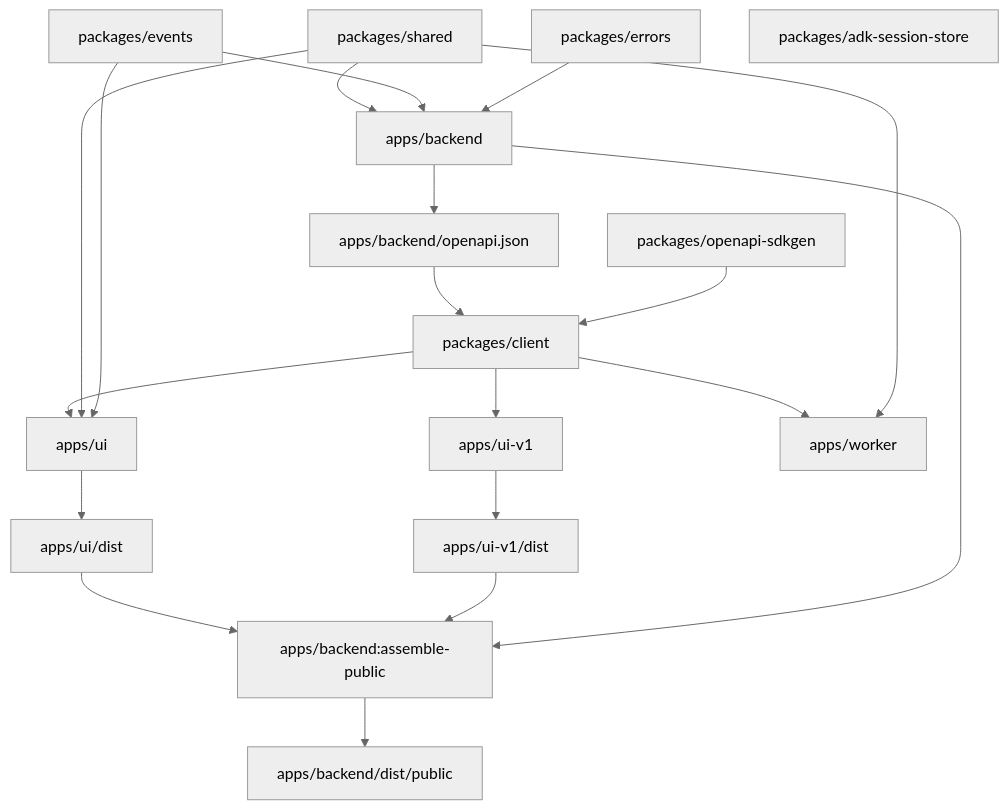
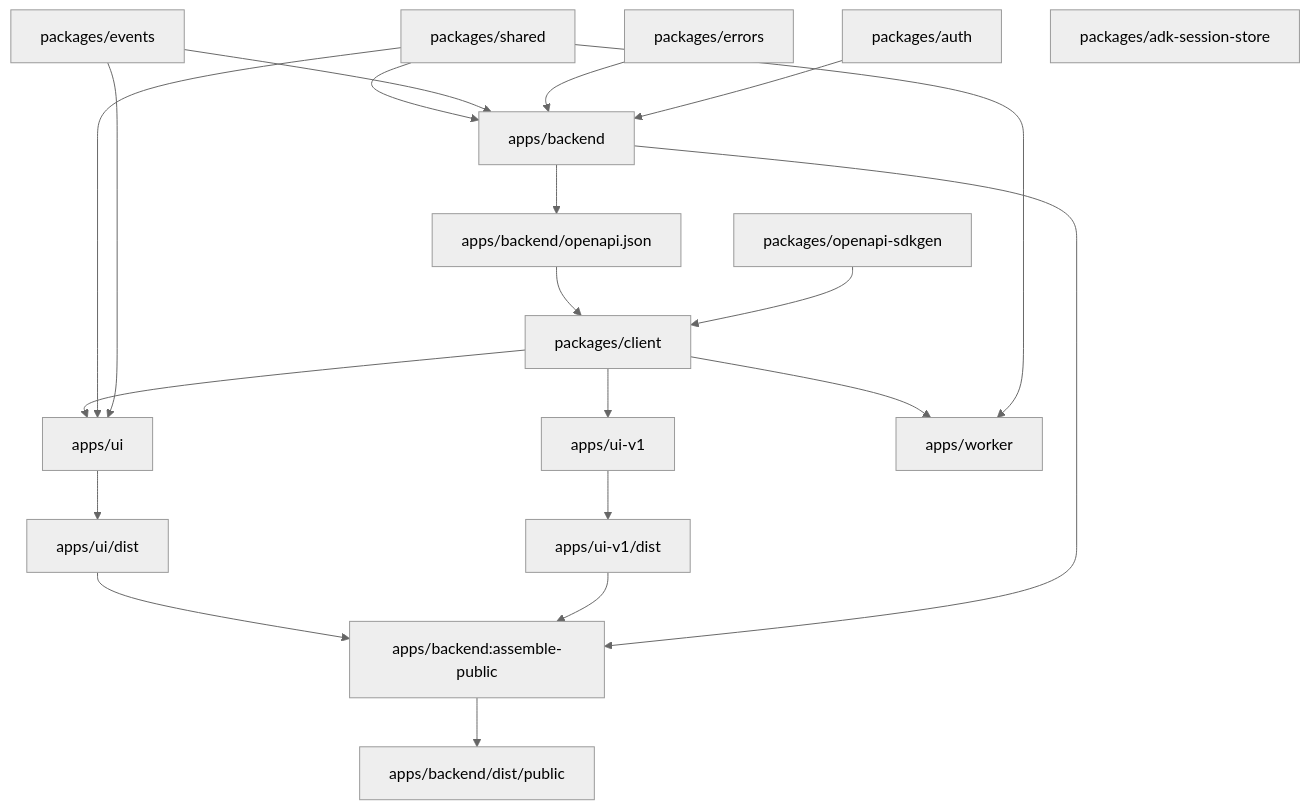
The diagram in dependencies.md (galarzafrancisco/ai-monorepo), drawn with Mermaid (neutral theme) before and after one commit. The commit also changed other lines of this file and 74 other files, not shown here.

First line of the commit message:
Add @taico/auth package and move backend verification onto it

````diff
--- a/dependencies.md
+++ b/dependencies.md
@@ -107,43 +110,45 @@
 ```mermaid
 flowchart TD
   shared["packages/shared"]
   events["packages/events"]
   errors["packages/errors"]
+  auth["packages/auth"]
   adk["packages/adk-session-store"]
   sdkgen["packages/openapi-sdkgen"]
 
   backend["apps/backend"]
   backendSpec["apps/backend/openapi.json"]
   client["packages/client"]
   ui["apps/ui"]
   uiV1["apps/ui-v1"]
   uiDist["apps/ui/dist"]
   uiV1Dist["apps/ui-v1/dist"]
   assemble["apps/backend:assemble-public"]
   backendPublic["apps/backend/dist/public"]
   worker["apps/worker"]
 
   shared --> backend
   events --> backend
   errors --> backend
+  auth --> backend
 
   backend --> backendSpec
   backendSpec --> client
   sdkgen --> client
 
   client --> ui
   shared --> ui
   events --> ui
 
   client --> uiV1
 
   client --> worker
   shared --> worker
 
   ui --> uiDist
   uiV1 --> uiV1Dist
   uiDist --> assemble
   uiV1Dist --> assemble
   backend --> assemble
   assemble --> backendPublic
 ```
````
